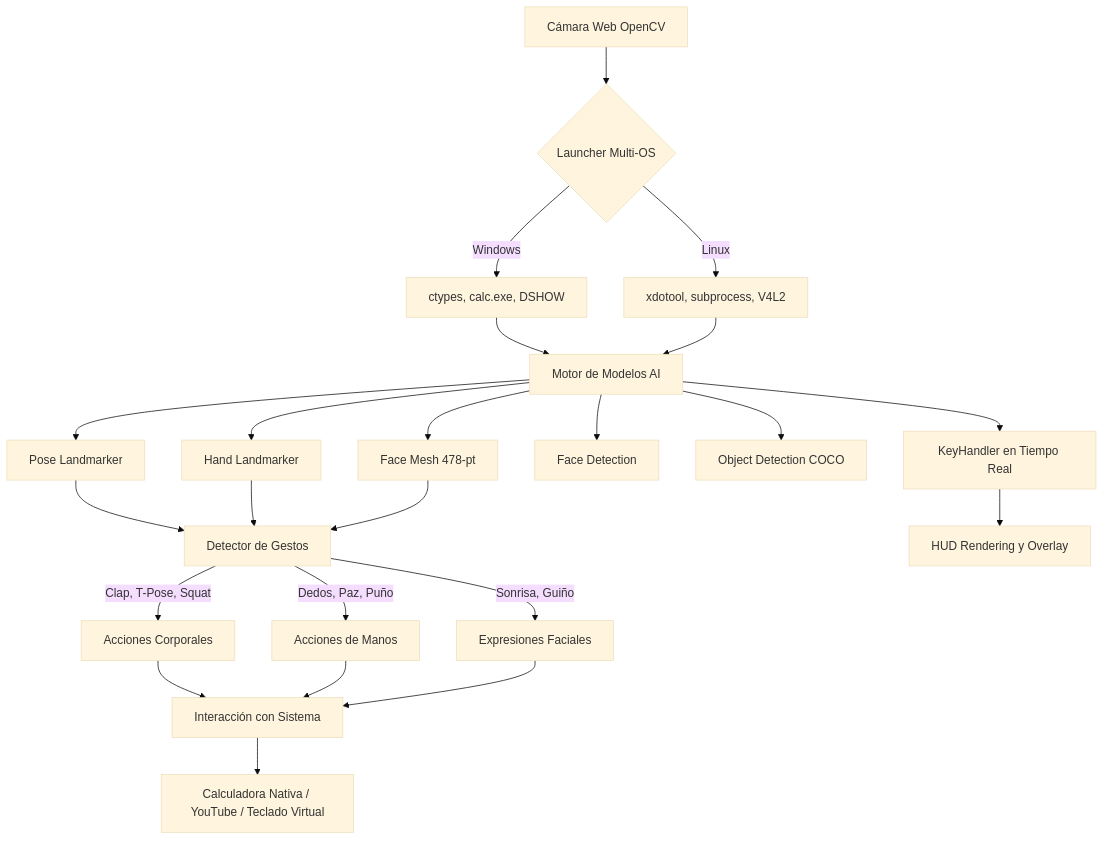
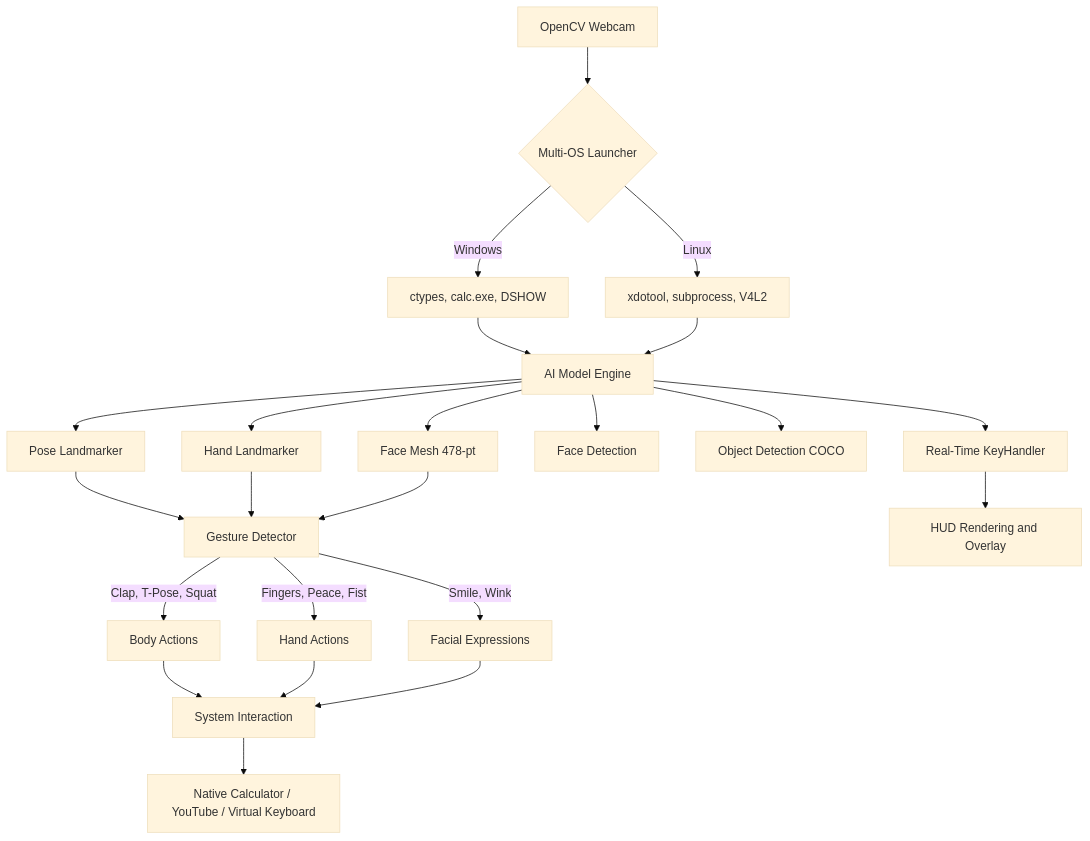
The diagram in README.md (Nostraxiten/LookThePerson), drawn with Mermaid (base theme) before and after one commit. The commit also changed other lines of this file, not shown here.

````diff
--- a/README.md
+++ b/README.md
@@ -36,25 +36,25 @@
 ```mermaid
 graph TD
-    A[Cámara Web OpenCV] --> B{Launcher Multi-OS}
+    A[OpenCV Webcam] --> B{Multi-OS Launcher}
     B -->|Windows| C1[ctypes, calc.exe, DSHOW]
     B -->|Linux| C2[xdotool, subprocess, V4L2]
     
-    C1 & C2 --> D[Motor de Modelos AI]
+    C1 & C2 --> D[AI Model Engine]
     
     D --> E1[Pose Landmarker]
     D --> E2[Hand Landmarker]
     D --> E3[Face Mesh 478-pt]
     D --> E4[Face Detection]
     D --> E5[Object Detection COCO]
     
-    E1 & E2 & E3 --> F[Detector de Gestos]
-    F -->|Clap, T-Pose, Squat| G1[Acciones Corporales]
-    F -->|Dedos, Paz, Puño| G2[Acciones de Manos]
-    F -->|Sonrisa, Guiño| G3[Expresiones Faciales]
+    E1 & E2 & E3 --> F[Gesture Detector]
+    F -->|Clap, T-Pose, Squat| G1[Body Actions]
+    F -->|Fingers, Peace, Fist| G2[Hand Actions]
+    F -->|Smile, Wink| G3[Facial Expressions]
     
-    G1 & G2 & G3 --> H[Interacción con Sistema]
-    H --> I[Calculadora Nativa / YouTube / Teclado Virtual]
+    G1 & G2 & G3 --> H[System Interaction]
+    H --> I[Native Calculator / YouTube / Virtual Keyboard]
     
-    D --> J[KeyHandler en Tiempo Real]
-    J --> K[HUD Rendering y Overlay]
+    D --> J[Real-Time KeyHandler]
+    J --> K[HUD Rendering and Overlay]
 ```
````
